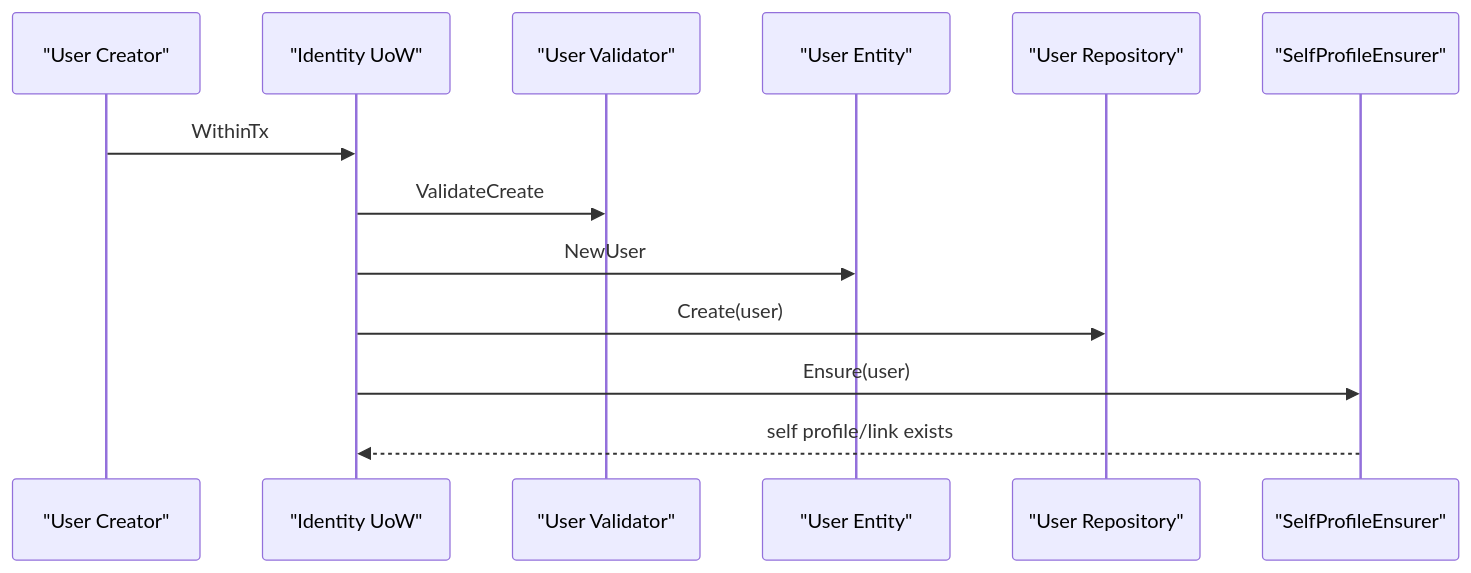
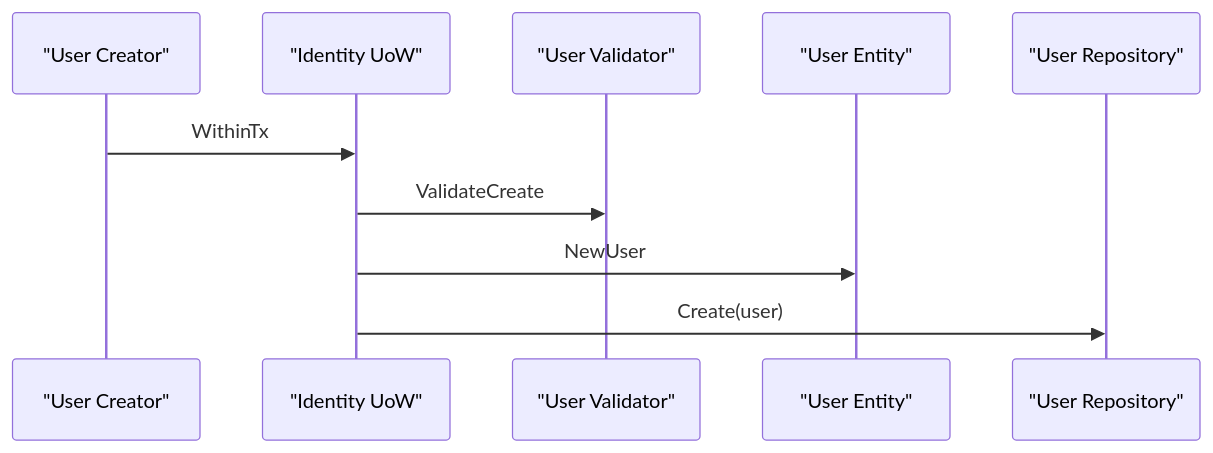
One commit to FangcunMount/iam changed the fifth of 12 diagrams in docs/04-身份Identity/01-User与Profile模型.md. Above: the diagram before and after it, drawn with Mermaid. The commit also changed other lines of this file and 35 other files, not shown here.

Commit message:
feat  的 identity 模块业务规则更新： - User 不一定天然拥有 self Profile。 - User 可以通过 C 端功能主动创建 Profile。 - 创建时由业务语义决定这条 ProfileLink 是 self 还是 relation。

````diff
--- a/docs/04-身份Identity/01-User与Profile模型.md
+++ b/docs/04-身份Identity/01-User与Profile模型.md
@@ -466,16 +465,13 @@
 ```mermaid
 sequenceDiagram
     participant App as "User Creator"
     participant UOW as "Identity UoW"
     participant Validator as "User Validator"
     participant User as "User Entity"
     participant Repo as "User Repository"
-    participant Ensurer as "SelfProfileEnsurer"
 
     App->>UOW: WithinTx
     UOW->>Validator: ValidateCreate
     UOW->>User: NewUser
     UOW->>Repo: Create(user)
-    UOW->>Ensurer: Ensure(user)
-    Ensurer-->>UOW: self profile/link exists
 ```
````
